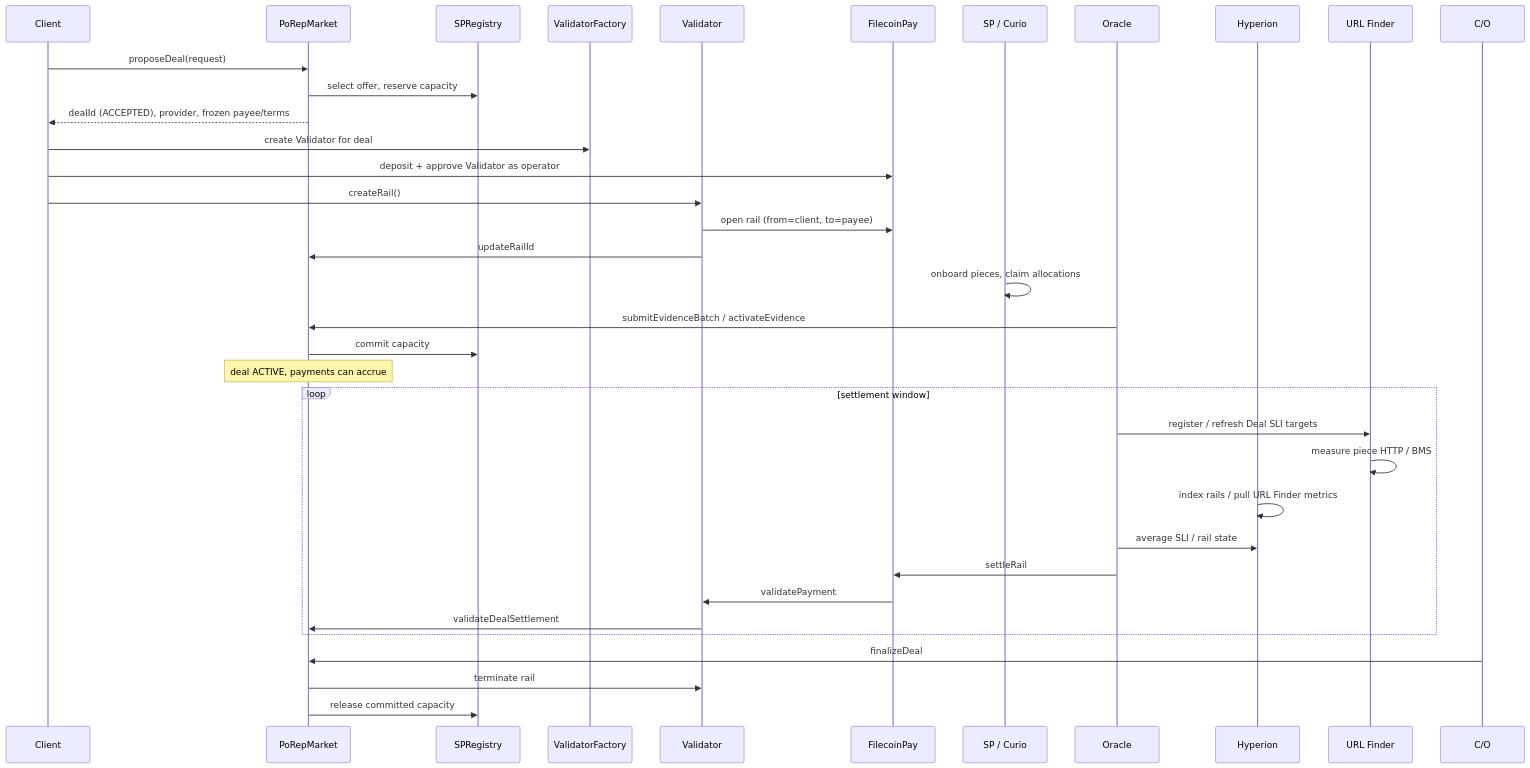
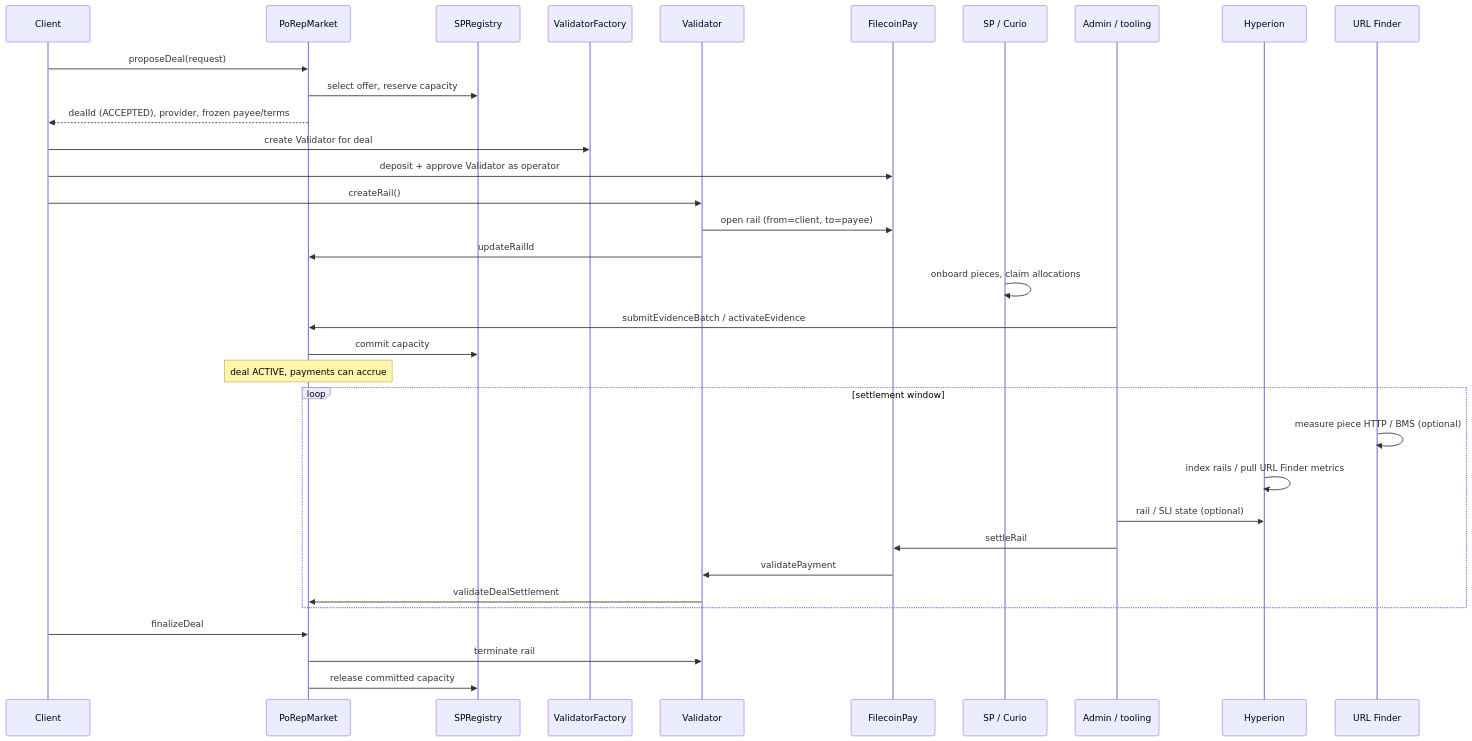
The ninth of 12 diagrams in ARCHITECTURE.md (fidlabs/FCSS-devnet), drawn with Mermaid before and after one commit. The commit also changed other lines of this file and 28 other files, not shown here.

````diff
--- a/ARCHITECTURE.md
+++ b/ARCHITECTURE.md
@@ -532,42 +513,41 @@
 ```mermaid
 sequenceDiagram
   participant C as Client
   participant M as PoRepMarket
   participant R as SPRegistry
   participant F as ValidatorFactory
   participant V as Validator
   participant P as FilecoinPay
   participant SP as SP / Curio
-  participant O as Oracle
+  participant Admin as Admin / tooling
   participant Hyperion as Hyperion
   participant UF as URL Finder
 
   C->>M: proposeDeal(request)
   M->>R: select offer, reserve capacity
   M-->>C: dealId (ACCEPTED), provider, frozen payee/terms
 
   C->>F: create Validator for deal
   C->>P: deposit + approve Validator as operator
   C->>V: createRail()
   V->>P: open rail (from=client, to=payee)
   V->>M: updateRailId
 
   SP->>SP: onboard pieces, claim allocations
-  O->>M: submitEvidenceBatch / activateEvidence
+  Admin->>M: submitEvidenceBatch / activateEvidence
   M->>R: commit capacity
   Note over M: deal ACTIVE, payments can accrue
 
   loop settlement window
-    O->>UF: register / refresh Deal SLI targets
-    UF->>UF: measure piece HTTP / BMS
+    UF->>UF: measure piece HTTP / BMS (optional)
     Hyperion->>Hyperion: index rails / pull URL Finder metrics
-    O->>Hyperion: average SLI / rail state
-    O->>P: settleRail
+    Admin->>Hyperion: rail / SLI state (optional)
+    Admin->>P: settleRail
     P->>V: validatePayment
     V->>M: validateDealSettlement
   end
 
-  C/O->>M: finalizeDeal
+  C->>M: finalizeDeal
   M->>V: terminate rail
   M->>R: release committed capacity
 ```
````
